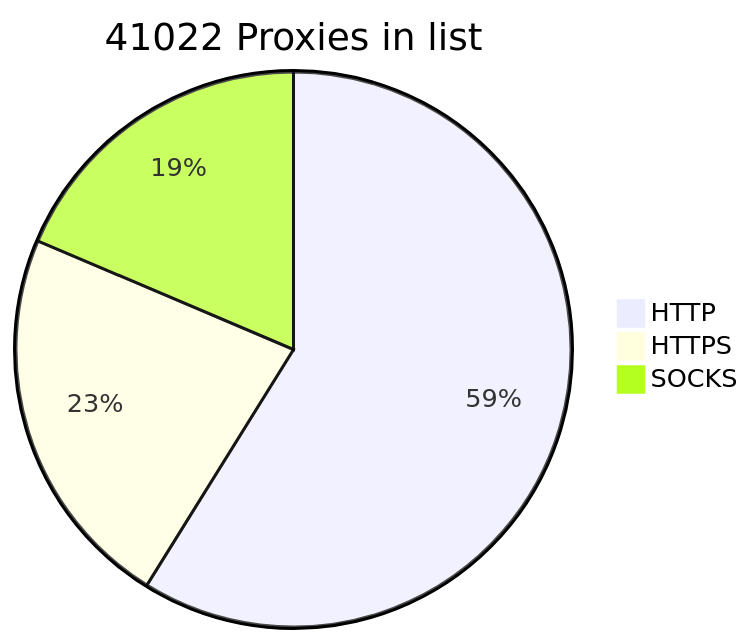
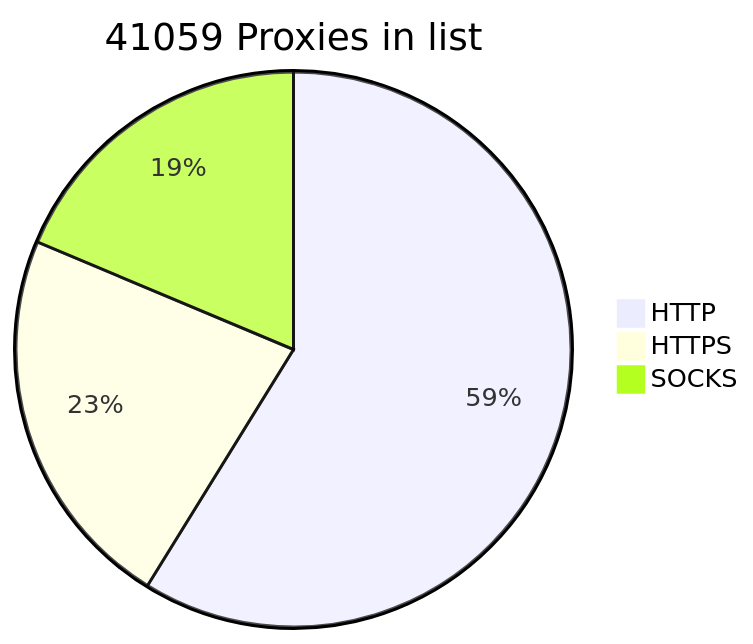
Before and after one commit to BlackSnowDot/proxylist-update-every-minute: the diagram in README.md, drawn with Mermaid.

````diff
--- a/README.md
+++ b/README.md
@@ -2,6 +2,6 @@
 ```mermaid
-pie title 41022 Proxies in list
+pie title 41059 Proxies in list
     "HTTP" : 28405
     "HTTPS": 10875
-    "SOCKS" : 8980
+    "SOCKS" : 9017
 ```
````
